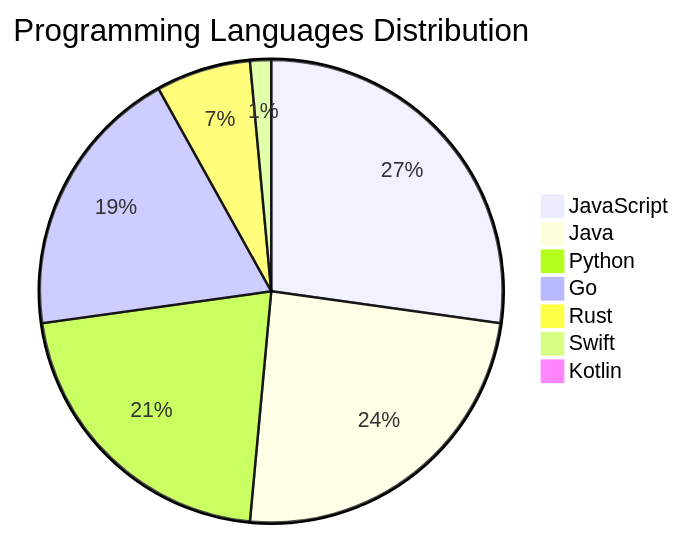
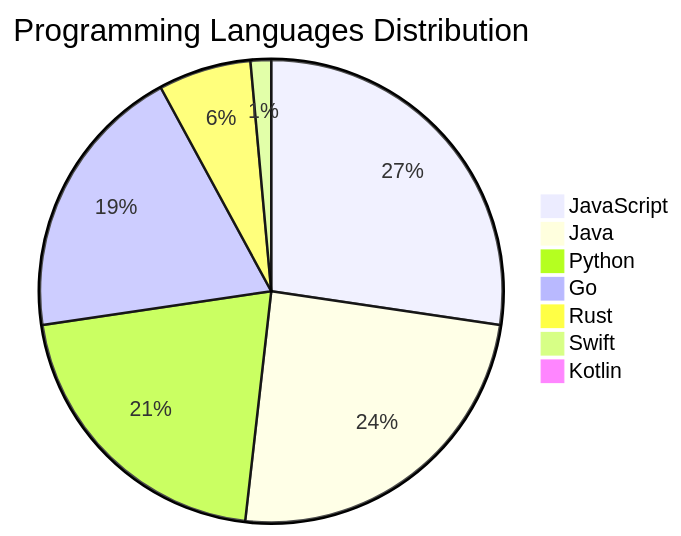
Before and after one commit to Derrick-MUGISHA/github-activity-bot: the diagram in README.md, drawn with Mermaid. The commit also changed other lines of this file and 4 other files, not shown here.

````diff
--- a/README.md
+++ b/README.md
@@ -207,10 +207,10 @@
 ```mermaid
 pie title Programming Languages Distribution
-    "JavaScript" : 37
-    "Java" : 33
+    "JavaScript" : 38
+    "Java" : 34
     "Python" : 29
-    "Go" : 26
+    "Go" : 27
     "Rust" : 9
     "Swift" : 2
     "Kotlin" : 1
 ```
````
